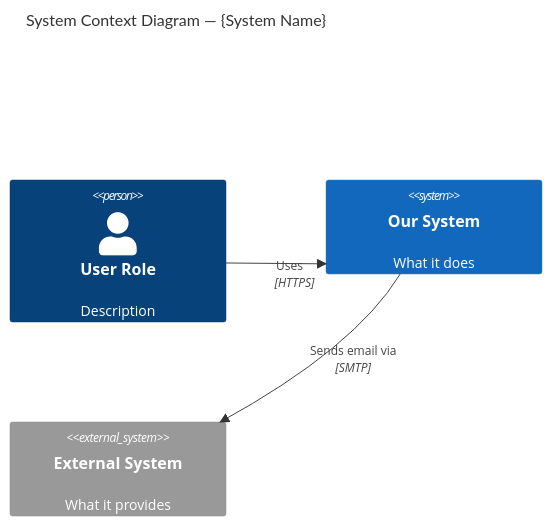
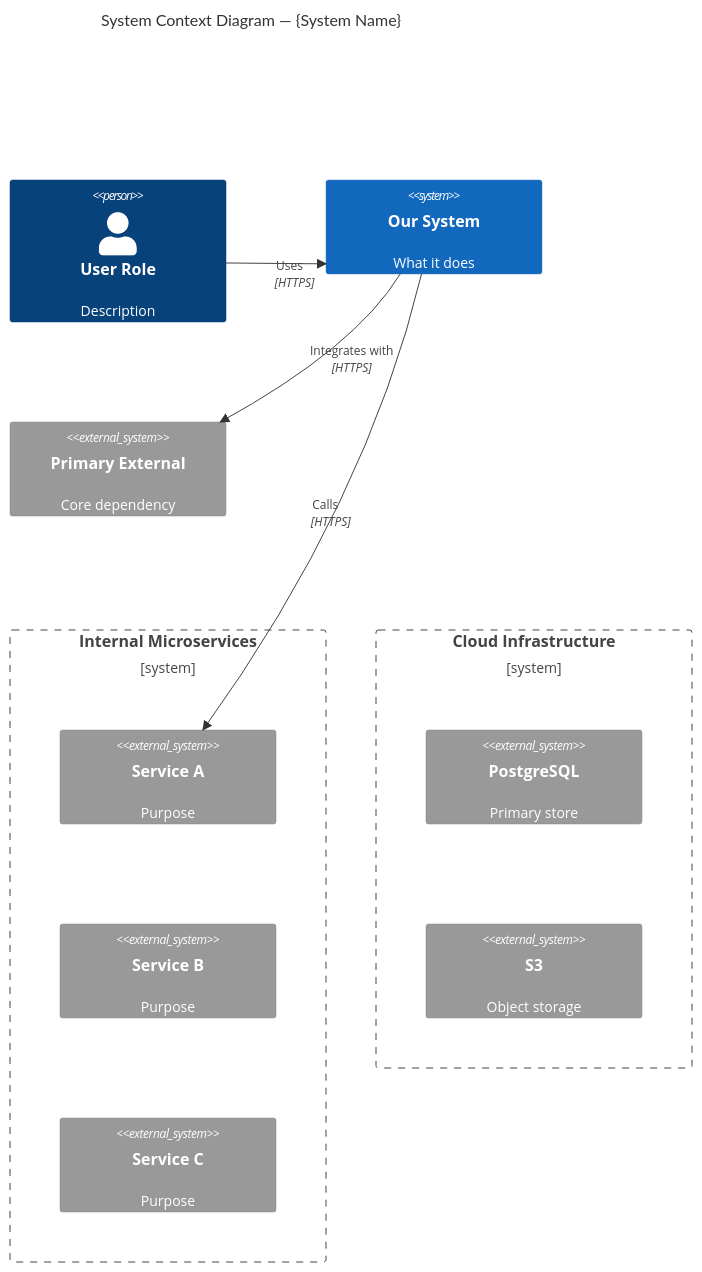
Before and after one commit to huya-an/claude-plugin--doc-gen: the first of 5 diagrams in skills/doc-c4/SKILL.md, drawn with Mermaid. The commit also changed other lines of this file, not shown here.

First line of the commit message:
Improve doc-c4 skill with diagram limits, mandatory lenses, and architectural analysis

````diff
--- a/skills/doc-c4/SKILL.md
+++ b/skills/doc-c4/SKILL.md
@@ -64,11 +50,24 @@
 ```mermaid
 C4Context
     title System Context Diagram — {System Name}
 
     Person(user, "User Role", "Description")
     System(sys, "Our System", "What it does")
-    System_Ext(ext, "External System", "What it provides")
+
+    System_Ext(primary_ext, "Primary External", "Core dependency")
+
+    Boundary(internal_svcs, "Internal Microservices") {
+        System_Ext(svc1, "Service A", "Purpose")
+        System_Ext(svc2, "Service B", "Purpose")
+        System_Ext(svc3, "Service C", "Purpose")
+    }
+
+    Boundary(cloud_infra, "Cloud Infrastructure") {
+        System_Ext(db, "PostgreSQL", "Primary store")
+        System_Ext(s3, "S3", "Object storage")
+    }
 
     Rel(user, sys, "Uses", "HTTPS")
-    Rel(sys, ext, "Sends email via", "SMTP")
+    Rel(sys, primary_ext, "Integrates with", "HTTPS")
+    Rel(sys, svc1, "Calls", "HTTPS")
 ```
````
